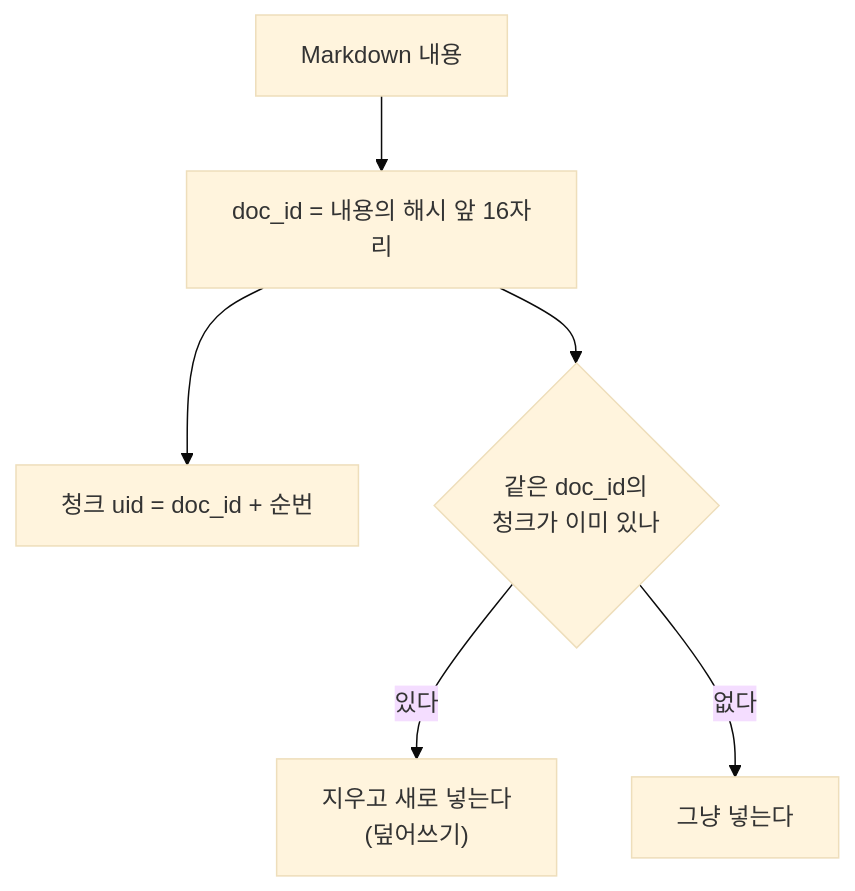
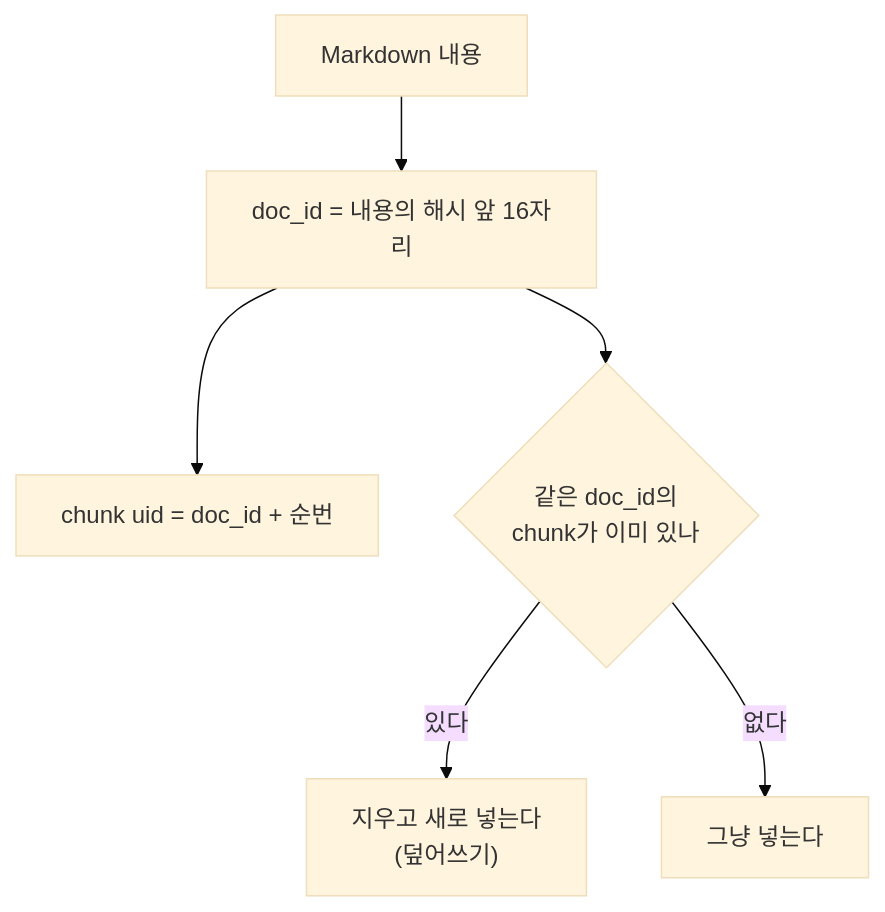
The third of 4 diagrams in docs/04_DB구축.md (adover134/hierarchical-md-rag), drawn with Mermaid (base theme) before and after one commit. The commit also changed other lines of this file and 24 other files, not shown here.

````diff
--- a/docs/04_DB구축.md
+++ b/docs/04_DB구축.md
@@ -84,8 +84,8 @@
 ```mermaid
 flowchart TD
     A["Markdown 내용"] --> B["doc_id = 내용의 해시 앞 16자리"]
-    B --> C["청크 uid = doc_id + 순번"]
-    B --> D{"같은 doc_id의<br/>청크가 이미 있나"}
+    B --> C["chunk uid = doc_id + 순번"]
+    B --> D{"같은 doc_id의<br/>chunk가 이미 있나"}
     D -->|"있다"| E["지우고 새로 넣는다<br/>(덮어쓰기)"]
     D -->|"없다"| F["그냥 넣는다"]
 ```
````
